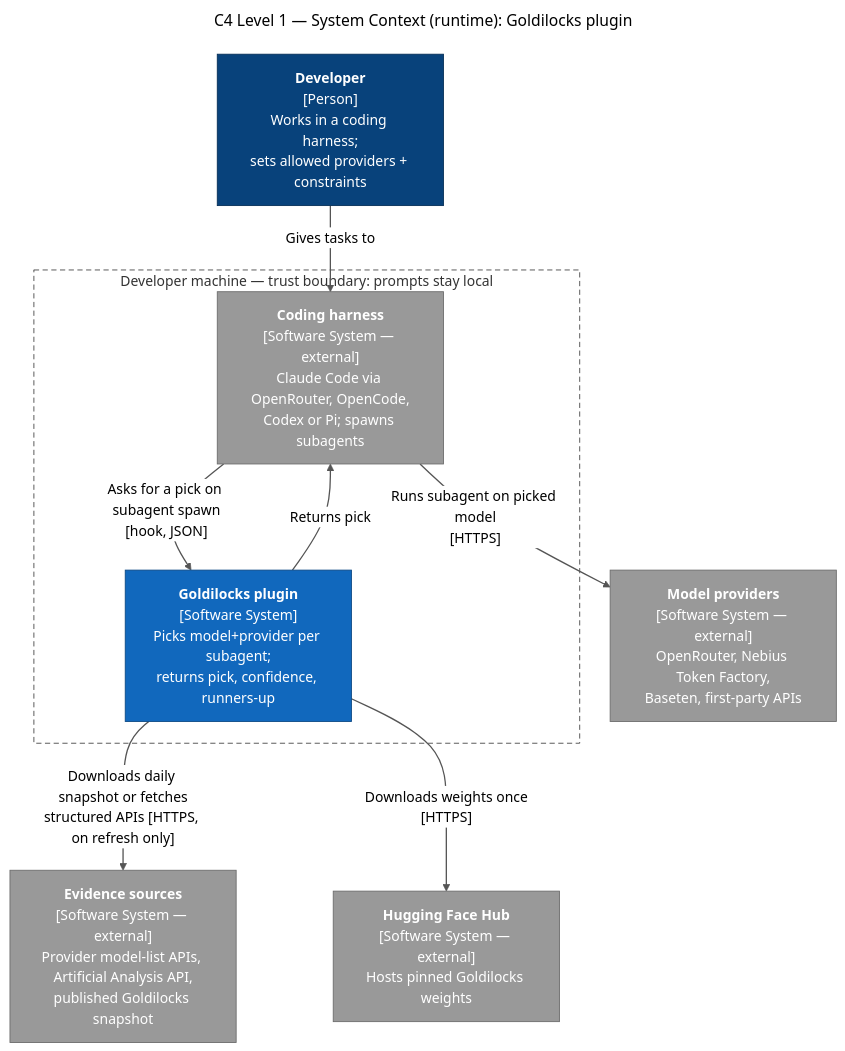
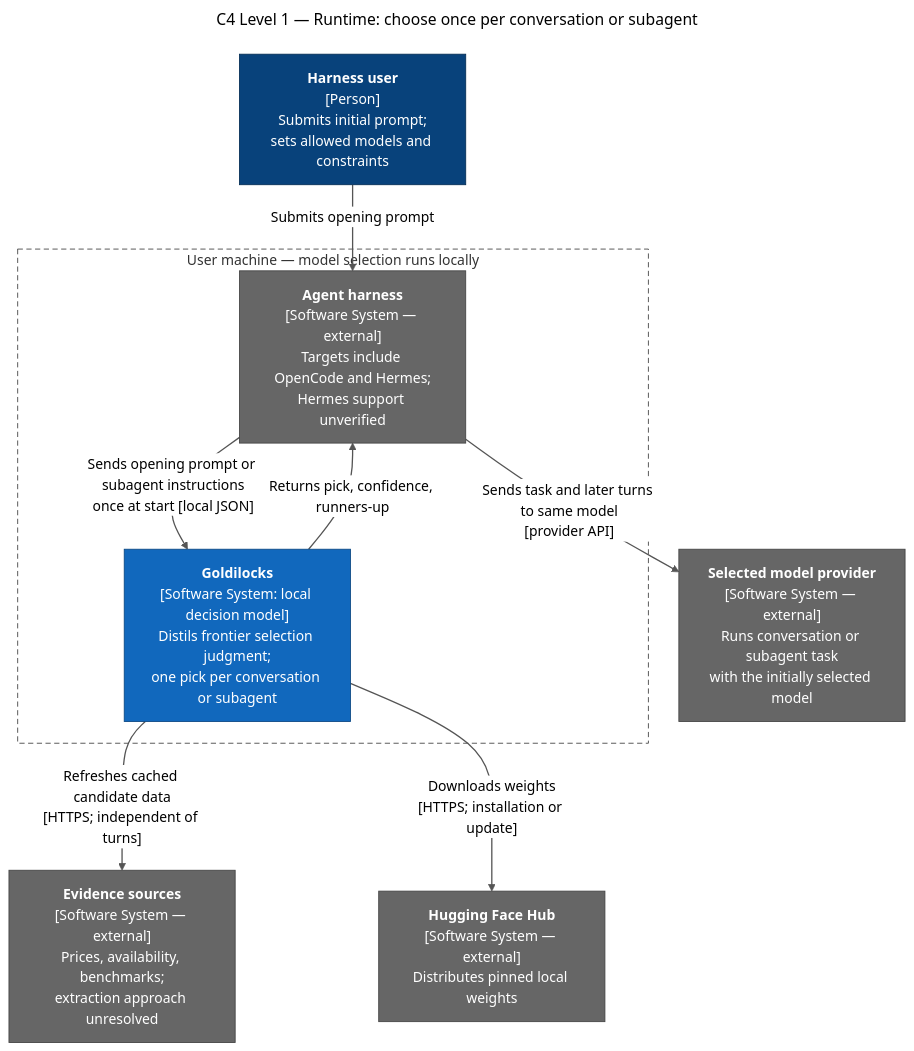
One commit to mani2001/goldilocks changed the diagram in docs/diagrams/src/c4-context-runtime.mmd. Above: the diagram before and after it, drawn with Mermaid (neutral theme). The commit also changed 52 other files, not shown here.

```diff
--- a/docs/diagrams/src/c4-context-runtime.mmd
+++ b/docs/diagrams/src/c4-context-runtime.mmd
@@ -1,25 +1,25 @@
 ---
-title: "C4 Level 1 — System Context (runtime): Goldilocks plugin"
+title: "C4 Level 1 — Runtime: choose once per conversation or subagent"
 ---
 flowchart TB
-  dev["<b>Developer</b><br/>[Person]<br/>Works in a coding harness;<br/>sets allowed providers + constraints"]:::person
-  subgraph local["Developer machine — trust boundary: prompts stay local"]
-    harness["<b>Coding harness</b><br/>[Software System — external]<br/>Claude Code via OpenRouter, OpenCode,<br/>Codex or Pi; spawns subagents"]:::ext
-    gold["<b>Goldilocks plugin</b><br/>[Software System]<br/>Picks model+provider per subagent;<br/>returns pick, confidence, runners-up"]:::sys
+  user["<b>Harness user</b><br/>[Person]<br/>Submits initial prompt;<br/>sets allowed models and constraints"]:::person
+  subgraph local["User machine — model selection runs locally"]
+    harness["<b>Agent harness</b><br/>[Software System — external]<br/>Targets include OpenCode and Hermes;<br/>Hermes support unverified"]:::ext
+    gold["<b>Goldilocks</b><br/>[Software System: local decision model]<br/>Distils frontier selection judgment;<br/>one pick per conversation or subagent"]:::sys
   end
-  providers["<b>Model providers</b><br/>[Software System — external]<br/>OpenRouter, Nebius Token Factory,<br/>Baseten, first-party APIs"]:::ext
-  evidence["<b>Evidence sources</b><br/>[Software System — external]<br/>Provider model-list APIs, Artificial Analysis API,<br/>published Goldilocks snapshot"]:::ext
-  hf["<b>Hugging Face Hub</b><br/>[Software System — external]<br/>Hosts pinned Goldilocks weights"]:::ext
-  dev -->|"Gives tasks to"| harness
-  harness -->|"Asks for a pick on subagent spawn<br/>[hook, JSON]"| gold
-  gold -->|"Returns pick"| harness
-  harness -->|"Runs subagent on picked model<br/>[HTTPS]"| providers
-  gold -->|"Downloads daily snapshot or fetches<br/>structured APIs [HTTPS, on refresh only]"| evidence
-  gold -->|"Downloads weights once<br/>[HTTPS]"| hf
+  providers["<b>Selected model provider</b><br/>[Software System — external]<br/>Runs conversation or subagent task<br/>with the initially selected model"]:::ext
+  evidence["<b>Evidence sources</b><br/>[Software System — external]<br/>Prices, availability, benchmarks;<br/>extraction approach unresolved"]:::ext
+  hf["<b>Hugging Face Hub</b><br/>[Software System — external]<br/>Distributes pinned local weights"]:::ext
+  user -->|"Submits opening prompt"| harness
+  harness -->|"Sends opening prompt or subagent instructions<br/>once at start [local JSON]"| gold
+  gold -->|"Returns pick, confidence, runners-up"| harness
+  harness -->|"Sends task and later turns to same model<br/>[provider API]"| providers
+  gold -->|"Refreshes cached candidate data<br/>[HTTPS; independent of turns]"| evidence
+  gold -->|"Downloads weights<br/>[HTTPS; installation or update]"| hf
   style local fill:none,stroke:#444,stroke-dasharray:6 4
   classDef person fill:#08427B,stroke:#052E56,color:#fff
   classDef sys fill:#1168BD,stroke:#0B4884,color:#fff
-  classDef ext fill:#999999,stroke:#6B6B6B,color:#fff
+  classDef ext fill:#666666,stroke:#444444,color:#fff
   classDef cont fill:#438DD5,stroke:#2E6295,color:#fff
   classDef comp fill:#85BBF0,stroke:#5D82A8,color:#000
   linkStyle default stroke:#555,stroke-width:1.5px
```
